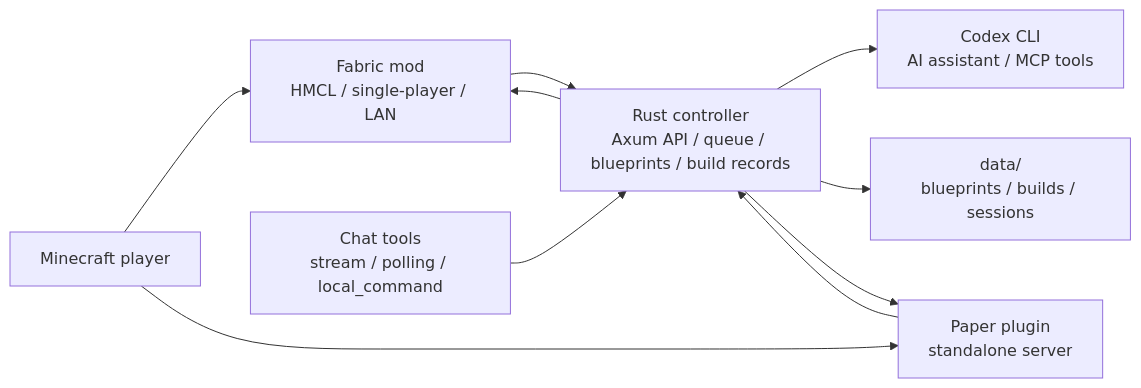
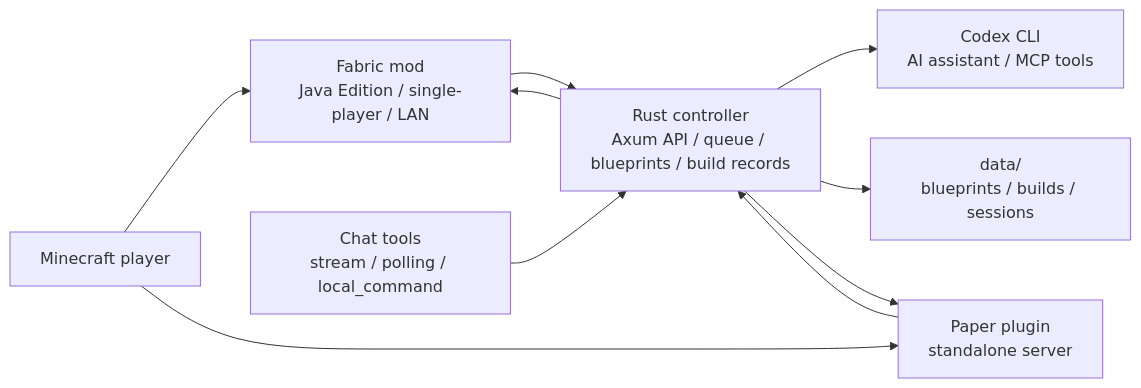
Before and after one commit to mari0w/blockwright: the diagram in README.en.md, drawn with Mermaid. The commit also changed other lines of this file and 42 other files, not shown here.

First line of the commit message:
Update Java Fabric packaging docs

````diff
--- a/README.en.md
+++ b/README.en.md
@@ -60,12 +65,12 @@
 ```mermaid
 flowchart LR
-    Player["Minecraft player"] --> Fabric["Fabric mod<br/>HMCL / single-player / LAN"]
+    Player["Minecraft player"] --> Fabric["Fabric mod<br/>Java Edition / single-player / LAN"]
     Player --> Paper["Paper plugin<br/>standalone server"]
     Bot["Chat tools<br/>stream / polling / local_command"] --> Controller["Rust controller<br/>Axum API / queue / blueprints / build records"]
     Fabric --> Controller
     Paper --> Controller
     Controller --> Codex["Codex CLI<br/>AI assistant / MCP tools"]
     Controller --> Storage["data/<br/>blueprints / builds / sessions"]
     Controller --> Fabric
     Controller --> Paper
 ```
````
